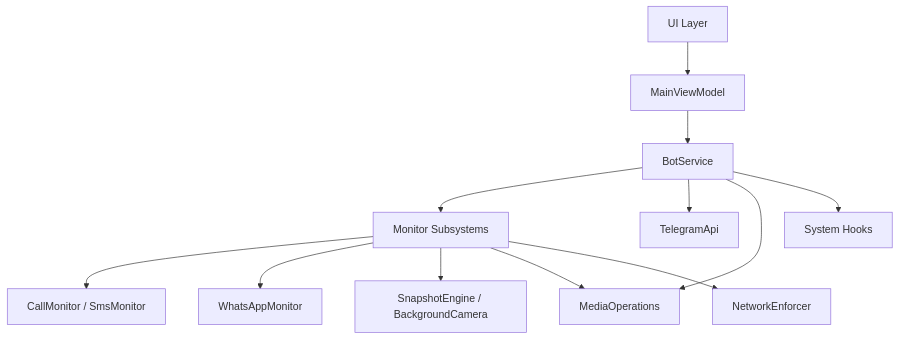
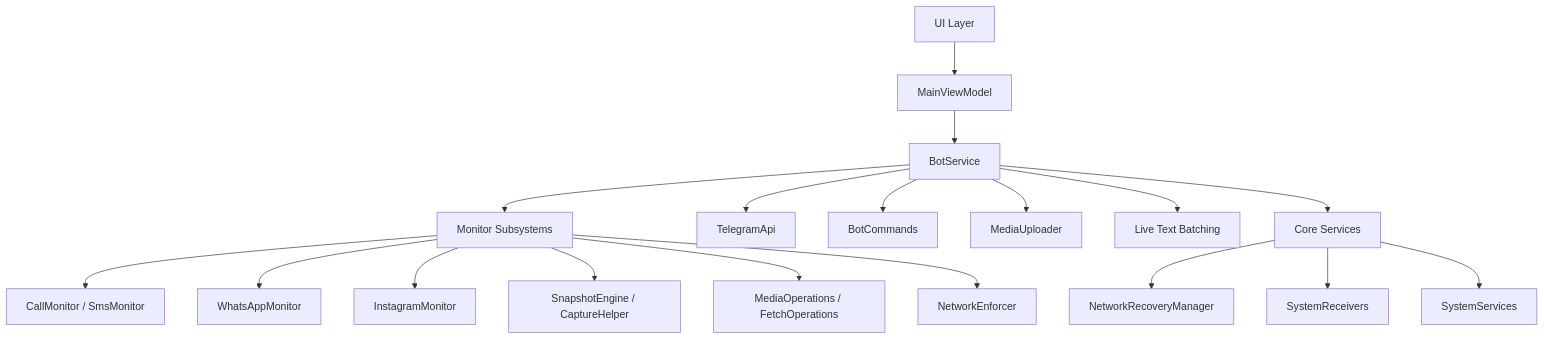
Before and after one commit to sandeshsahu/superiormonitor: the diagram in docs/Architecture.md, drawn with Mermaid. The commit also changed other lines of this file and 49 other files, not shown here.

````diff
--- a/docs/Architecture.md
+++ b/docs/Architecture.md
@@ -18,14 +18,20 @@
 ```mermaid
 graph TD
     A[UI Layer] --> B[MainViewModel]
     B --> C[BotService]
     C --> D[Monitor Subsystems]
     C --> E[TelegramApi]
-    C --> I[BotCommands]
-    D --> F[CallMonitor / SmsMonitor]
-    D --> G[WhatsAppMonitor]
-    D --> H[SnapshotEngine / BackgroundCamera]
-    D --> I[MediaOperations]
-    D --> J[NetworkEnforcer]
-    C --> K[System Hooks]
+    C --> F[BotCommands]
+    C --> G[MediaUploader]
+    C --> H[Live Text Batching]
+    D --> I[CallMonitor / SmsMonitor]
+    D --> J[WhatsAppMonitor]
+    D --> K[InstagramMonitor]
+    D --> L[SnapshotEngine / CaptureHelper]
+    D --> M[MediaOperations / FetchOperations]
+    D --> N[NetworkEnforcer]
+    C --> O[Core Services]
+    O --> P[NetworkRecoveryManager]
+    O --> Q[SystemReceivers]
+    O --> R[SystemServices]
 ```
````
